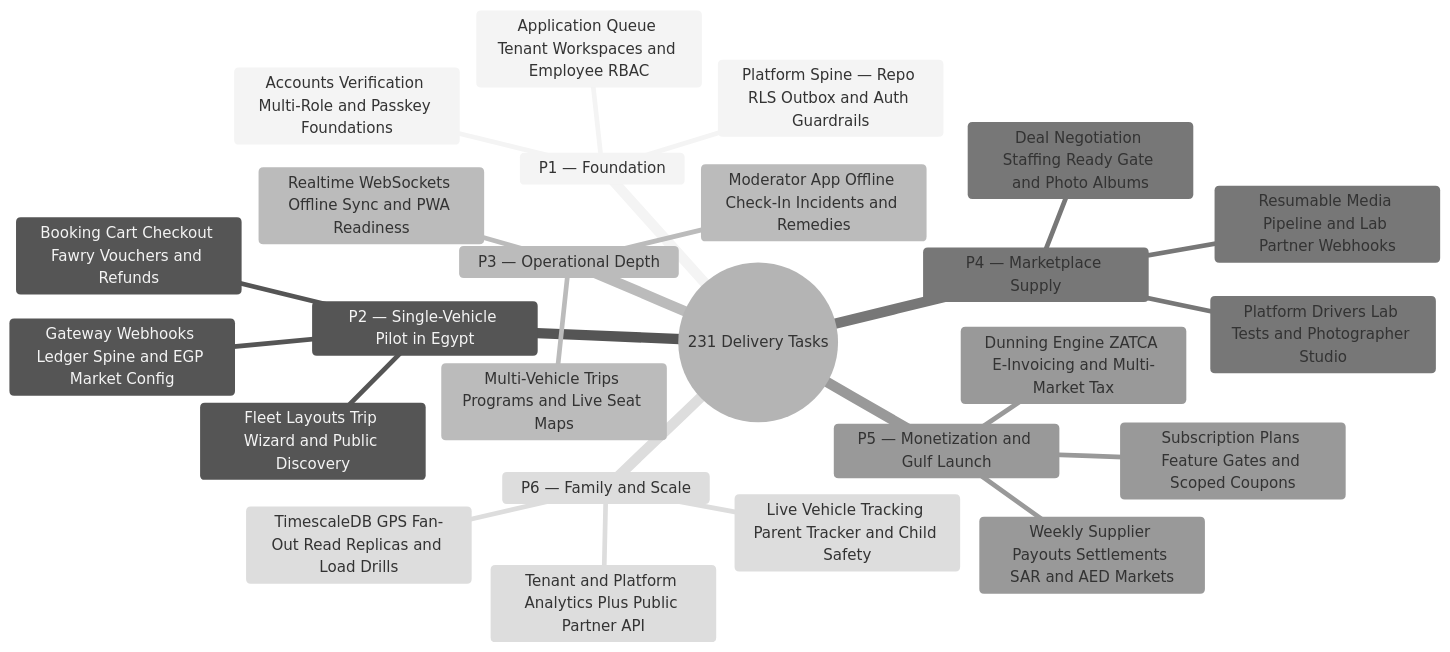
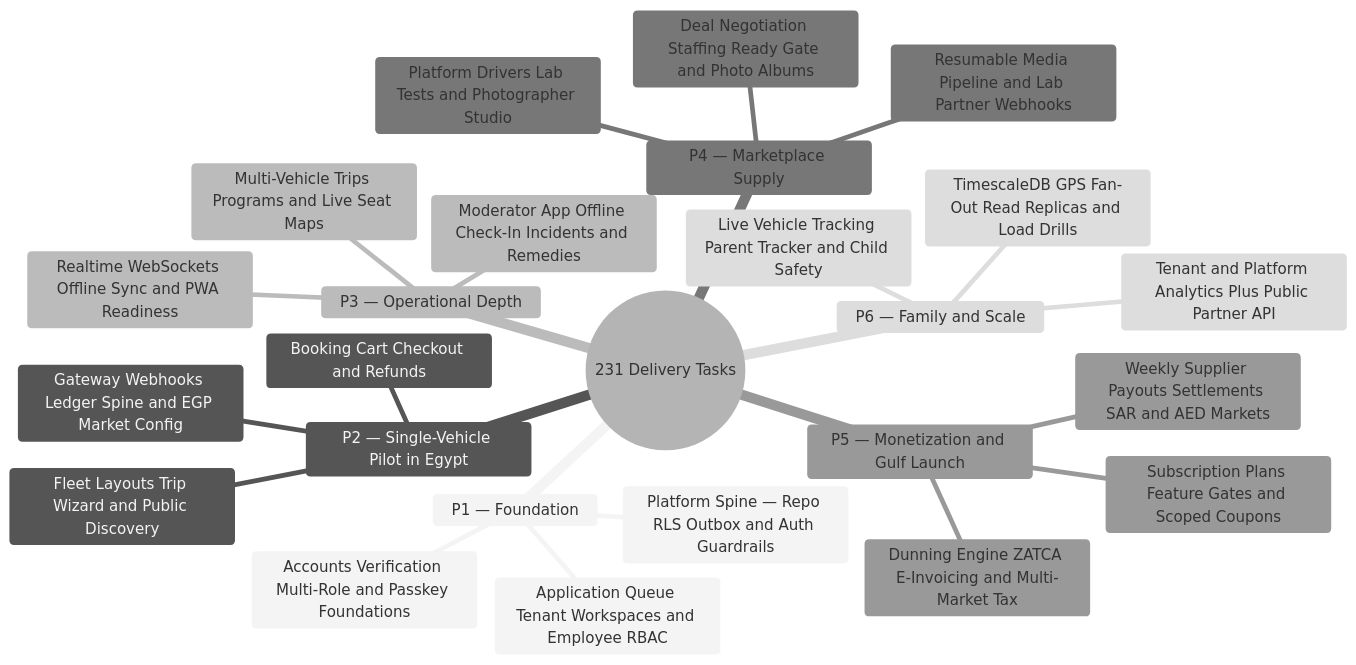
One commit to mohamedhabibwork/trips-enjoy-docs changed the second of 2 diagrams in content/docs/plan/index.mdx. Above: the diagram before and after it, drawn with Mermaid (neutral theme). The commit also changed other lines of this file and 117 other files, not shown here.

````diff
--- a/content/docs/plan/index.mdx
+++ b/content/docs/plan/index.mdx
@@ -101,28 +101,28 @@
 ```mermaid
 mindmap
   root(("231 Delivery Tasks"))
     P1 — Foundation
       Platform Spine — Repo RLS Outbox and Auth Guardrails
       Accounts Verification Multi-Role and Passkey Foundations
       Application Queue Tenant Workspaces and Employee RBAC
     P2 — Single-Vehicle Pilot in Egypt
       Gateway Webhooks Ledger Spine and EGP Market Config
       Fleet Layouts Trip Wizard and Public Discovery
-      Booking Cart Checkout Fawry Vouchers and Refunds
+      Booking Cart Checkout and Refunds
     P3 — Operational Depth
       Realtime WebSockets Offline Sync and PWA Readiness
       Multi-Vehicle Trips Programs and Live Seat Maps
       Moderator App Offline Check-In Incidents and Remedies
     P4 — Marketplace Supply
       Resumable Media Pipeline and Lab Partner Webhooks
       Platform Drivers Lab Tests and Photographer Studio
       Deal Negotiation Staffing Ready Gate and Photo Albums
     P5 — Monetization and Gulf Launch
       Dunning Engine ZATCA E-Invoicing and Multi-Market Tax
       Subscription Plans Feature Gates and Scoped Coupons
       Weekly Supplier Payouts Settlements SAR and AED Markets
     P6 — Family and Scale
       TimescaleDB GPS Fan-Out Read Replicas and Load Drills
       Live Vehicle Tracking Parent Tracker and Child Safety
       Tenant and Platform Analytics Plus Public Partner API
 ```
````
